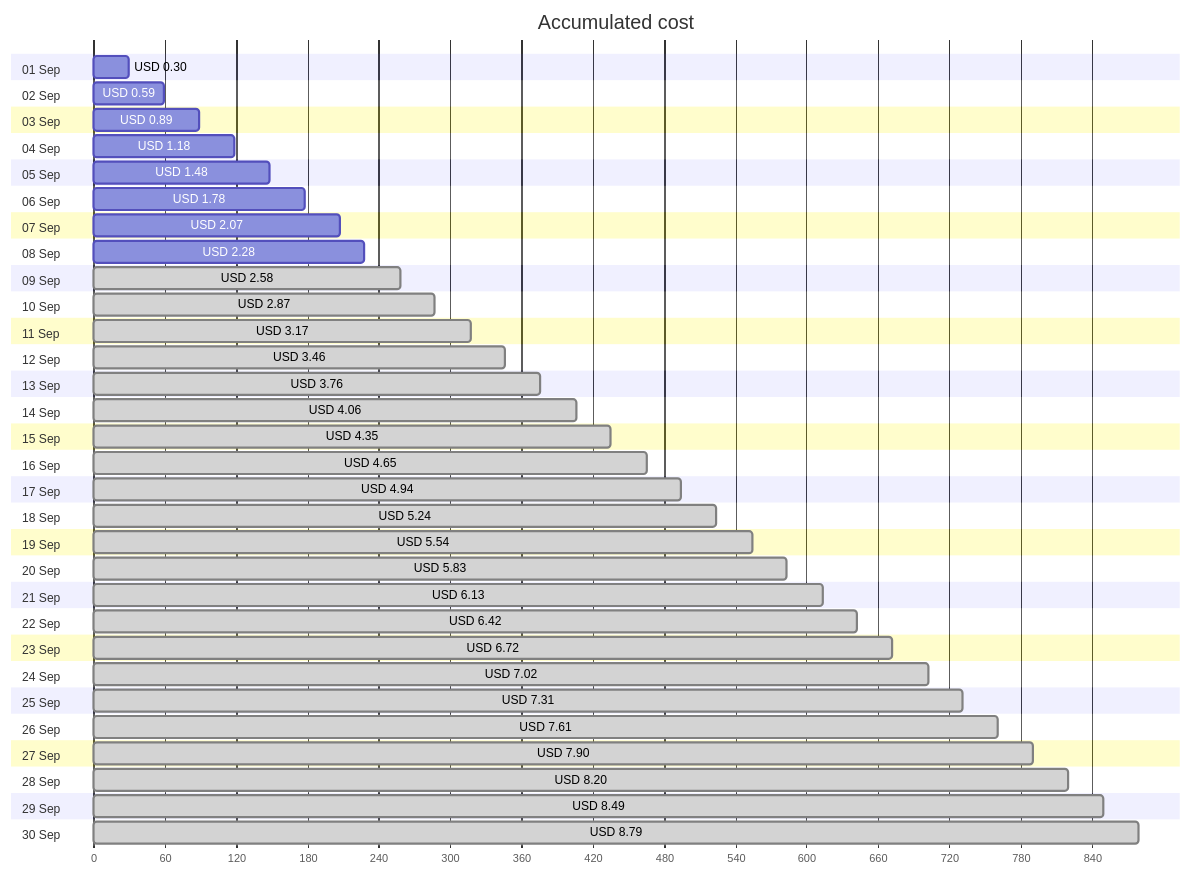
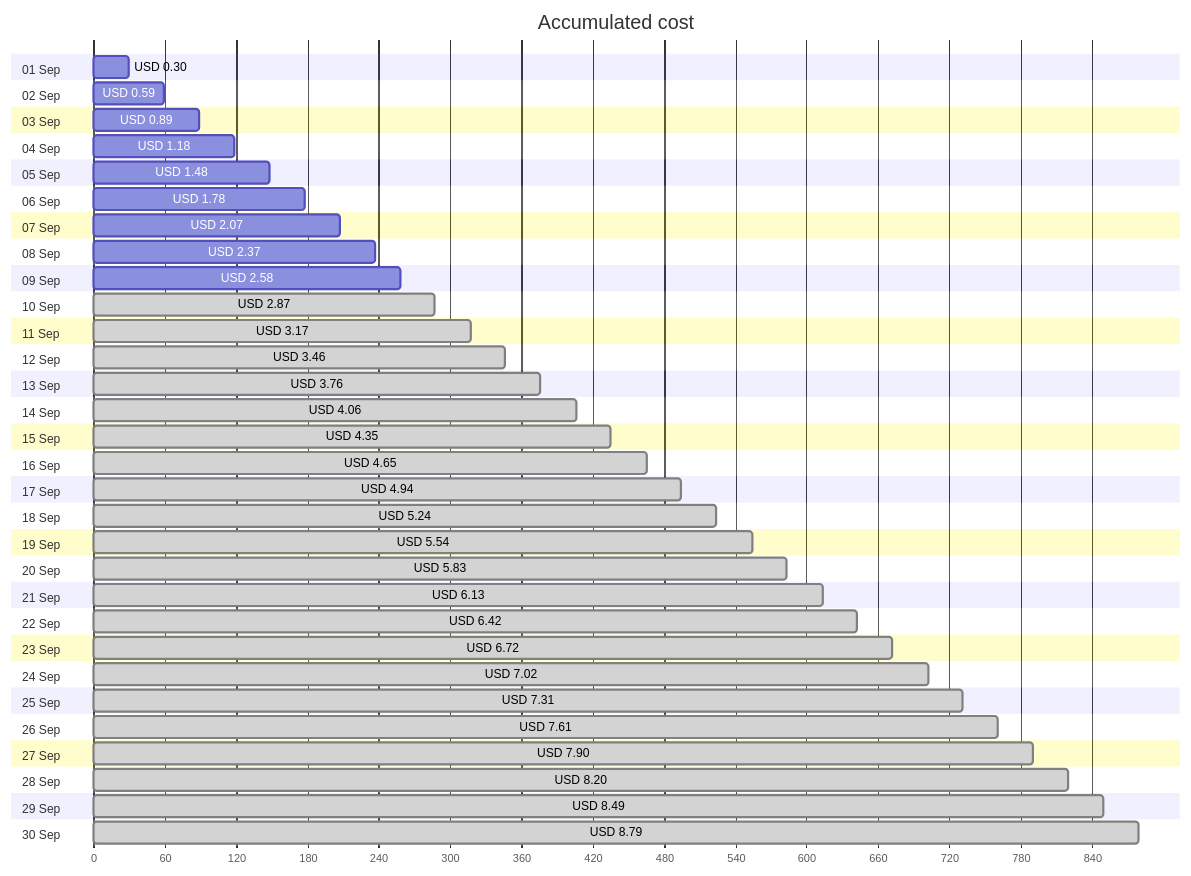
Before and after one commit to jpfulton/azure-personal-reports: the first of 4 diagrams in cost-reports/personal-site/personal-site.md, drawn with Mermaid. The commit also changed other lines of this file and 6 other files, not shown here.

````diff
--- a/cost-reports/personal-site/personal-site.md
+++ b/cost-reports/personal-site/personal-site.md
@@ -20,66 +20,66 @@
 ```mermaid
 gantt
    title Accumulated cost
    dateFormat  X
    axisFormat %s
    section 01 Sep
    USD 0.30 :0, 30
    section 02 Sep
    USD 0.59 :0, 59
    section 03 Sep
    USD 0.89 :0, 89
    section 04 Sep
    USD 1.18 :0, 118
    section 05 Sep
    USD 1.48 :0, 148
    section 06 Sep
    USD 1.78 :0, 178
    section 07 Sep
    USD 2.07 :0, 207
    section 08 Sep
-   USD 2.28 :0, 228
+   USD 2.37 :0, 237
    section 09 Sep
-   USD 2.58 : done, 0, 258
+   USD 2.58 :0, 258
    section 10 Sep
    USD 2.87 : done, 0, 287
    section 11 Sep
    USD 3.17 : done, 0, 317
    section 12 Sep
    USD 3.46 : done, 0, 346
    section 13 Sep
    USD 3.76 : done, 0, 376
    section 14 Sep
    USD 4.06 : done, 0, 406
    section 15 Sep
    USD 4.35 : done, 0, 435
    section 16 Sep
    USD 4.65 : done, 0, 465
    section 17 Sep
    USD 4.94 : done, 0, 494
    section 18 Sep
    USD 5.24 : done, 0, 524
    section 19 Sep
    USD 5.54 : done, 0, 554
    section 20 Sep
    USD 5.83 : done, 0, 583
    section 21 Sep
    USD 6.13 : done, 0, 613
    section 22 Sep
    USD 6.42 : done, 0, 642
    section 23 Sep
    USD 6.72 : done, 0, 672
    section 24 Sep
    USD 7.02 : done, 0, 702
    section 25 Sep
    USD 7.31 : done, 0, 731
    section 26 Sep
    USD 7.61 : done, 0, 761
    section 27 Sep
    USD 7.90 : done, 0, 790
    section 28 Sep
    USD 8.20 : done, 0, 820
    section 29 Sep
    USD 8.49 : done, 0, 849
    section 30 Sep
    USD 8.79 : done, 0, 879
 ```
````
